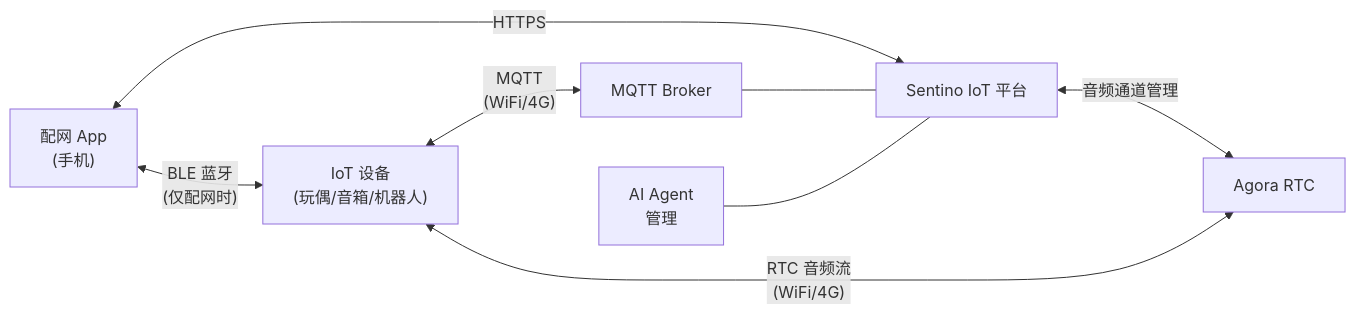
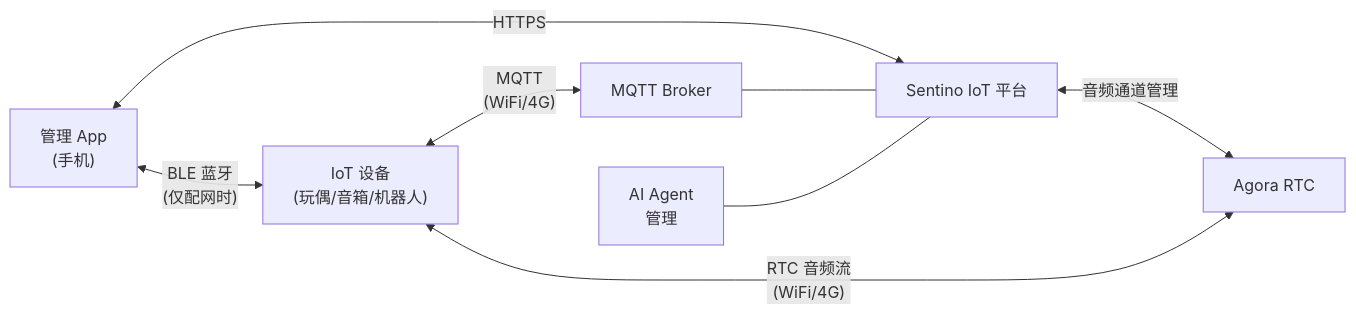
The first of 5 diagrams in architecture.md (sentino-jp/iot-docs), drawn with Mermaid before and after one commit. The commit also changed other lines of this file and 6 other files, not shown here.

````diff
--- a/architecture.md
+++ b/architecture.md
@@ -24,17 +24,17 @@
 ```mermaid
 graph LR
-    App["配网 App<br/>(手机)"]
+    App["管理 App<br/>(手机)"]
     Device["IoT 设备<br/>(玩偶/音箱/机器人)"]
     Cloud["Sentino IoT 平台"]
     MQTT["MQTT Broker"]
     Agent["AI Agent<br/>管理"]
     Agora["Agora RTC"]
 
     App <-->|"BLE 蓝牙<br/>(仅配网时)"| Device
     App <-->|"HTTPS"| Cloud
     Device <-->|"MQTT<br/>(WiFi/4G)"| MQTT
     MQTT --- Cloud
     Agent --- Cloud
     Cloud <-->|"音频通道管理"| Agora
     Device <-->|"RTC 音频流<br/>(WiFi/4G)"| Agora
 ```
````
